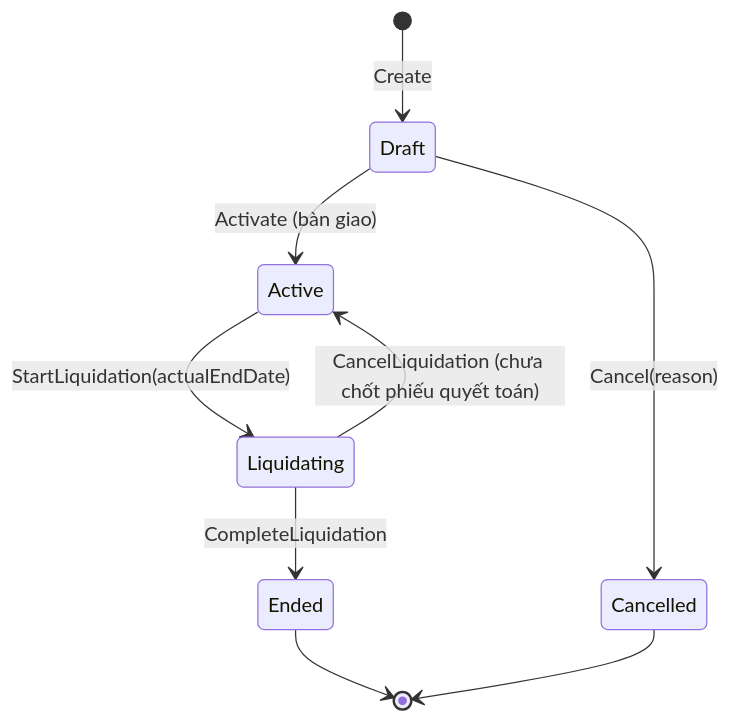
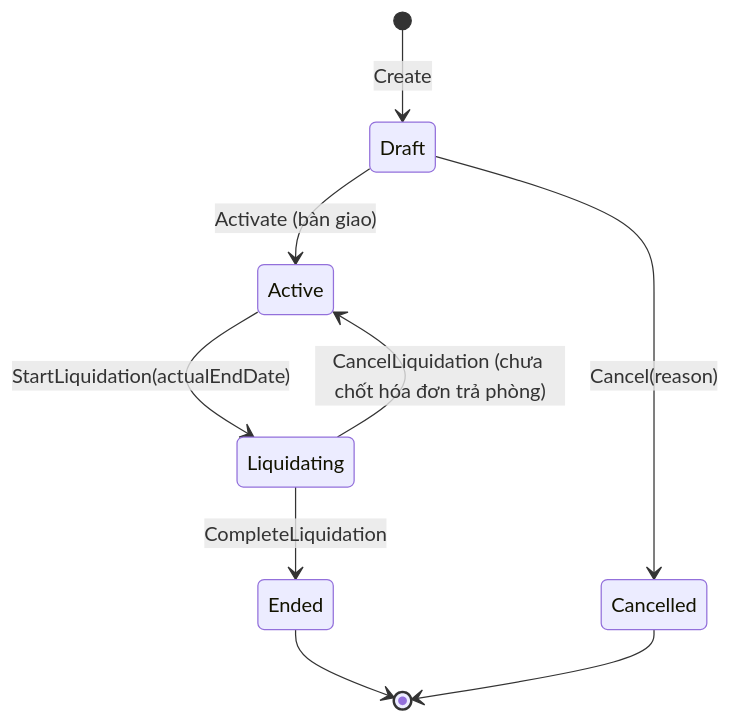
One commit to manhcuong922/renting-room changed the diagram in docs/plans/05-contract.md. Above: the diagram before and after it, drawn with Mermaid. The commit also changed other lines of this file and 377 other files, not shown here.

````diff
--- a/docs/plans/05-contract.md
+++ b/docs/plans/05-contract.md
@@ -138,11 +138,11 @@
 ```mermaid
 stateDiagram-v2
   [*] --> Draft : Create
   Draft --> Cancelled : Cancel(reason)
   Draft --> Active : Activate (bàn giao)
   Active --> Liquidating : StartLiquidation(actualEndDate)
-  Liquidating --> Active : CancelLiquidation (chưa chốt phiếu quyết toán)
+  Liquidating --> Active : CancelLiquidation (chưa chốt hóa đơn trả phòng)
   Liquidating --> Ended : CompleteLiquidation
   Ended --> [*]
   Cancelled --> [*]
 ```
````
